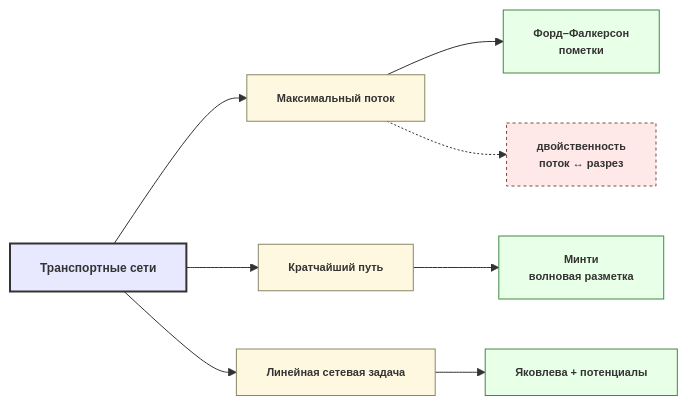
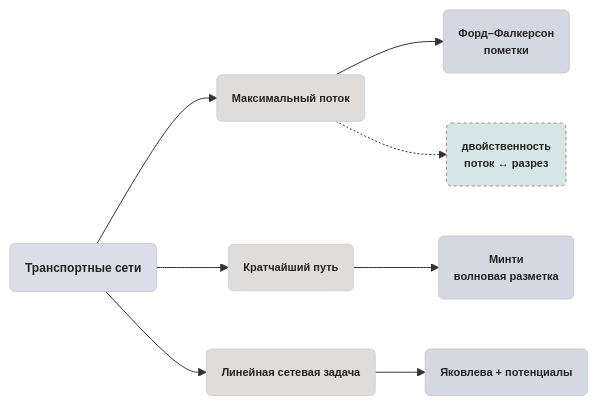
The diagram in Глава 5. Транспортные сети и потоки.md (rudeko0/PirogBiblia), drawn with Mermaid before and after one commit. The commit also changed other lines of this file and 2 other files, not shown here.

````diff
--- a/Глава 5. Транспортные сети и потоки.md
+++ b/Глава 5. Транспортные сети и потоки.md
@@ -5,25 +5,37 @@
 ```mermaid
-graph LR
-    classDef default fill:#fff,stroke:#444,stroke-width:1px,font-size:11px;
-    classDef root fill:#e8e8ff,stroke:#333,stroke-width:2px,font-size:12px,font-weight:bold;
-    classDef task fill:#fff8e0,stroke:#886,stroke-width:1px;
-    classDef method fill:#e8ffe8,stroke:#484,stroke-width:1px;
-    classDef dual fill:#ffe8e8,stroke:#844,stroke-width:1px,stroke-dasharray: 3 3;
+flowchart LR
+    %% Базовая конфигурация (в коде светло, на экране — мягко и темно)
+    classDef default fill:#e3e3e3,stroke:#e0e0e0,stroke-width:1px,font-size:11px,color:#232321;
+    
+    %% Root = THEOREM (После инверсии: темный лавандовый фон, светлый текст)
+    classDef root fill:#dcdde8,stroke:#cccccc,stroke-width:1px,font-size:12px,font-weight:bold,color:#232321;
+    
+    %% Task = IMG (После инверсии: темный сине-серый фон, светлый текст)
+    classDef task fill:#dfdcd9,stroke:#d0d3d5,stroke-width:1px,font-size:11px,color:#232321;
+    
+    %% Method = DEFINITION (После инверсии: темный кофейно-золотой фон, светлый текст)
+    classDef method fill:#d3d8e2,stroke:#cccbca,stroke-width:1px,font-size:11px,color:#232321;
+    
+    %% Dual = Мягкий кораллово-бордовый с пунктирной рамкой (В коде: светло-бирюзовый fill, темный текст)
+    classDef dual fill:#d6e6e6,stroke:#b08686,stroke-width:1px,stroke-dasharray:3 3,font-size:11px,color:#232321;
 
-    root[Транспортные сети]:::root
-    t1[Максимальный поток]:::task
-    t2[Кратчайший путь]:::task
-    t3[Линейная сетевая задача]:::task
-    m1[Форд–Фалкерсон<br/>пометки]:::method
-    m2[Минти<br/>волновая разметка]:::method
-    m3[Яковлева + потенциалы]:::method
-    d1[двойственность<br/>поток ↔ разрез]:::dual
+    %% Узлы скруглены через ()
+    root(Транспортные сети):::root
+    t1(Максимальный поток):::task
+    t2(Кратчайший путь):::task
+    t3(Линейная сетевая задача):::task
+    m1(Форд–Фалкерсон<br/>пометки):::method
+    m2(Минти<br/>волновая разметка):::method
+    m3(Яковлева + потенциалы):::method
+    d1(двойственность<br/>поток ↔ разрез):::dual
 
+    %% Связи
     root --> t1
     root --> t2
     root --> t3
     t1 --> m1
     t2 --> m2
     t3 --> m3
     t1 -.-> d1
+
 ```
````
